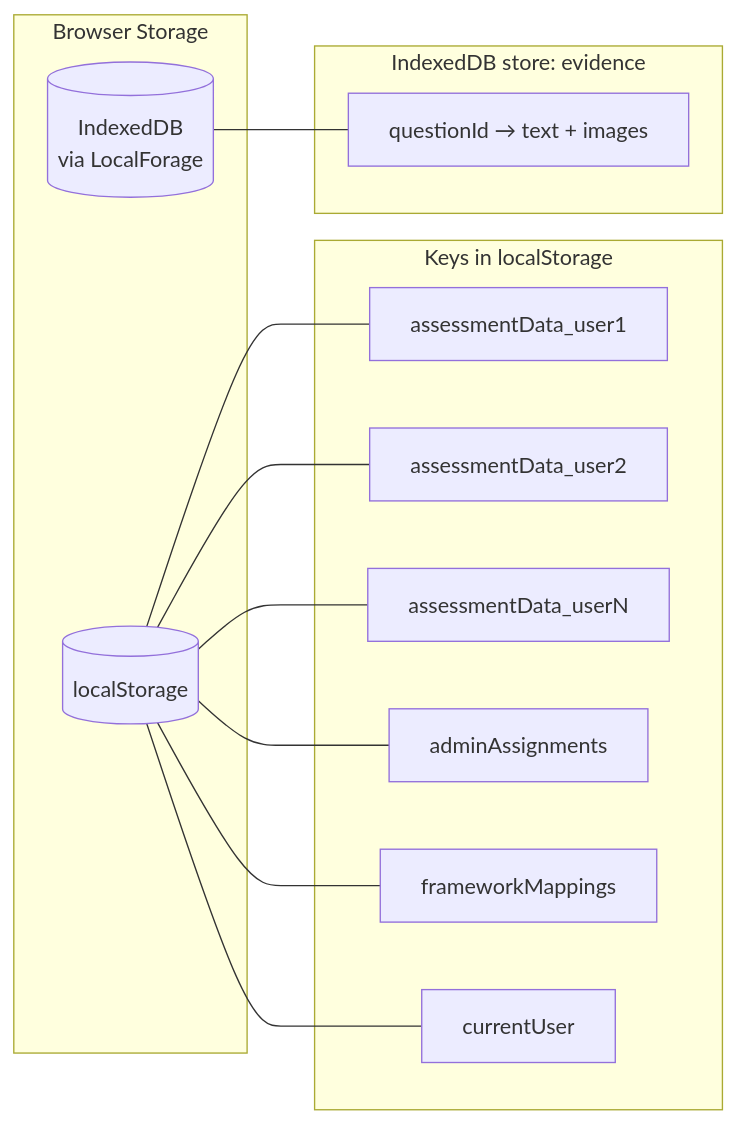
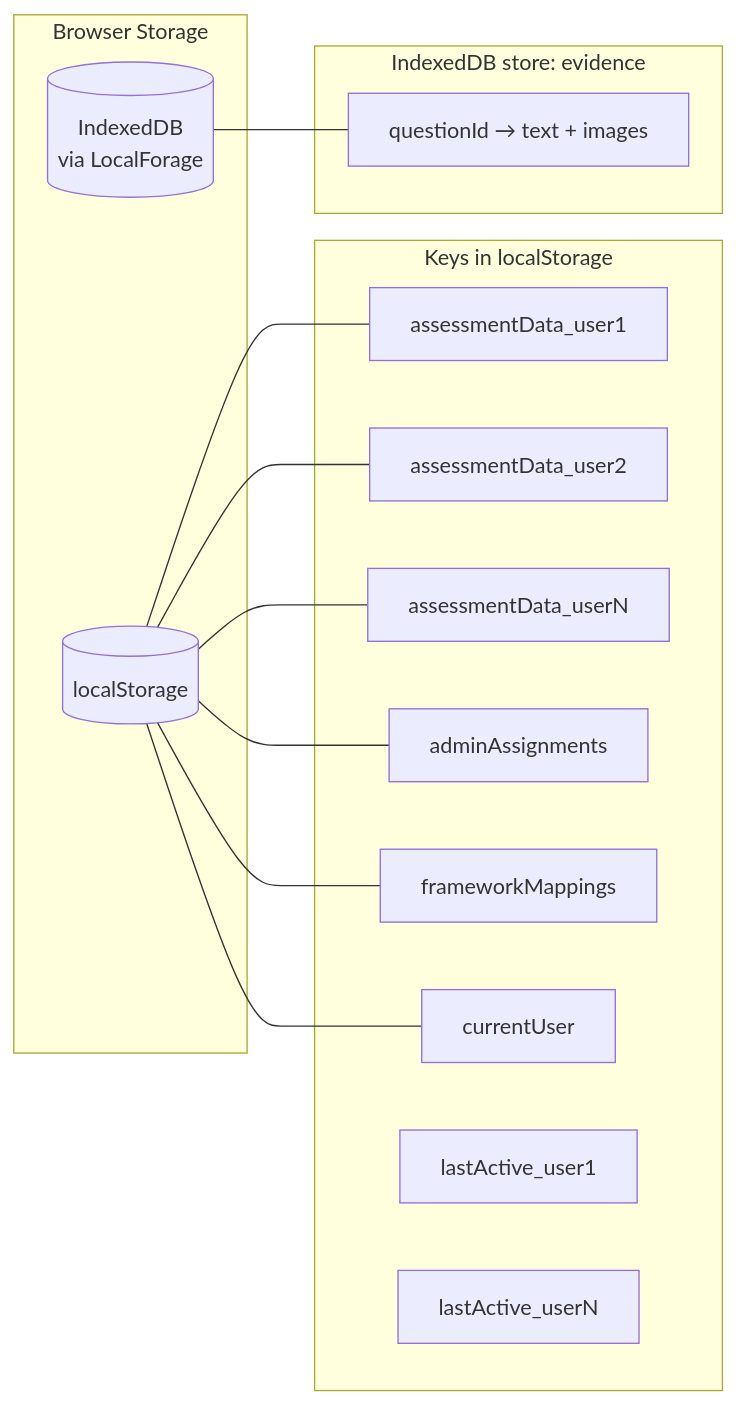
Before and after one commit to brona90/assessment: the second of 2 diagrams in docs/flow.md, drawn with Mermaid. The commit also changed other lines of this file and 1 other file, not shown here.

Commit message:
docs: add features reference, update flow diagram for new capabilities

````diff
--- a/docs/flow.md
+++ b/docs/flow.md
@@ -52,23 +52,25 @@
 ```mermaid
 flowchart LR
     subgraph Browser Storage
         LS[(localStorage)]
         IDB[(IndexedDB\nvia LocalForage)]
     end
 
     subgraph Keys in localStorage
         A1[assessmentData_user1]
         A2[assessmentData_user2]
         AN[assessmentData_userN]
         CFG[adminAssignments]
         MAP[frameworkMappings]
         CUR[currentUser]
+        TS1[lastActive_user1]
+        TSN[lastActive_userN]
     end
 
     subgraph IndexedDB store: evidence
         EV[questionId → text + images]
     end
 
     LS --- A1 & A2 & AN & CFG & MAP & CUR
     IDB --- EV
 ```
````
